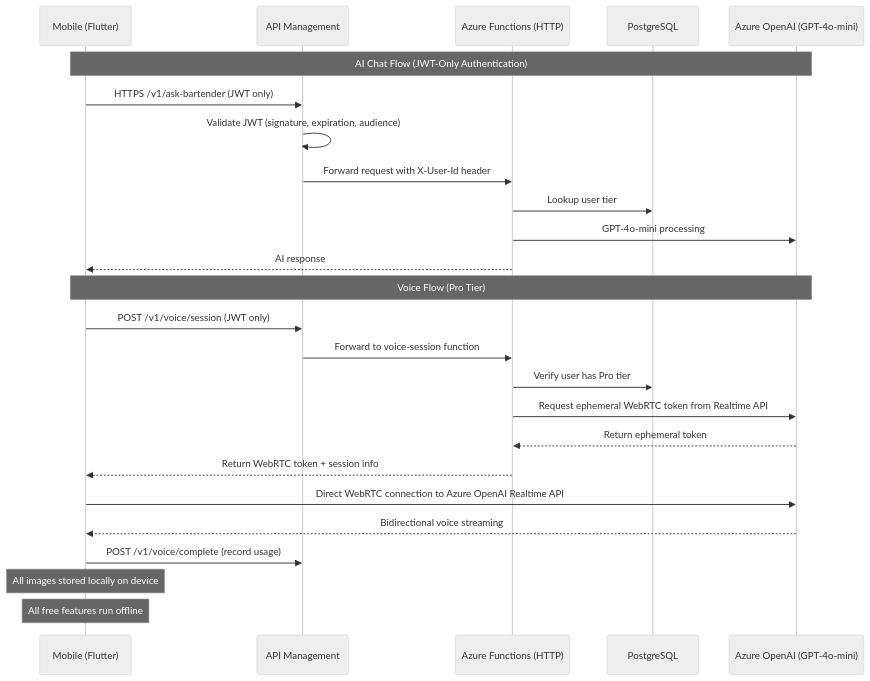
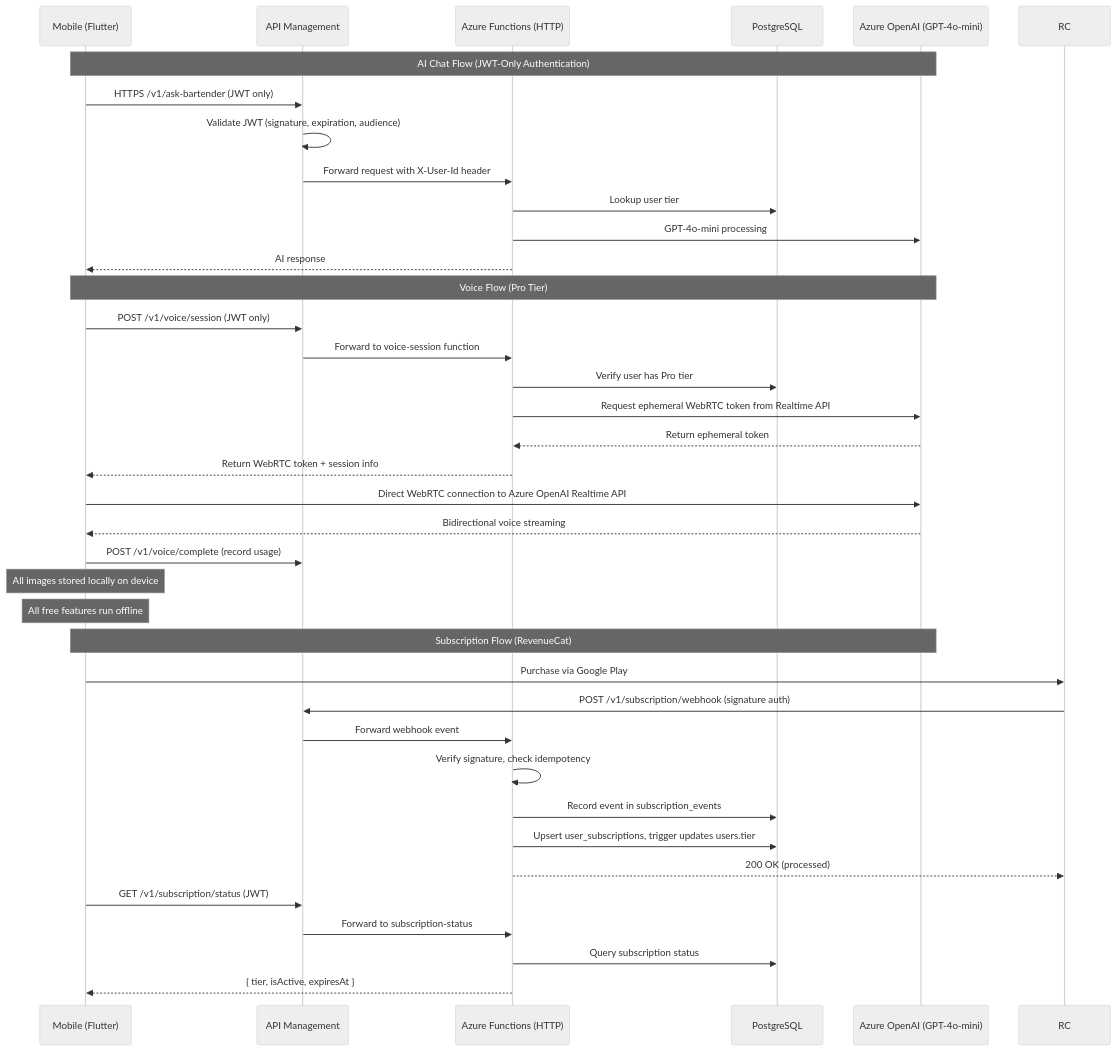
One commit to gwhitley1969/mybartenderAI-MVP changed the first of 3 diagrams in docs/ARCHITECTURE.md. Above: the diagram before and after it, drawn with Mermaid (neutral theme). The commit also changed other lines of this file and 10 other files, not shown here.

First line of the commit message:
docs: Update documentation for Voice AI, subscriptions, and architecture

````diff
--- a/docs/ARCHITECTURE.md
+++ b/docs/ARCHITECTURE.md
@@ -77,30 +87,43 @@
 ```mermaid
 sequenceDiagram
   participant M as Mobile (Flutter)
   participant APIM as API Management
   participant F as Azure Functions (HTTP)
   participant DB as PostgreSQL
   participant AI as Azure OpenAI (GPT-4o-mini)
 
   Note over M,AI: AI Chat Flow (JWT-Only Authentication)
   M->>APIM: HTTPS /v1/ask-bartender (JWT only)
   APIM->>APIM: Validate JWT (signature, expiration, audience)
   APIM->>F: Forward request with X-User-Id header
   F->>DB: Lookup user tier
   F->>AI: GPT-4o-mini processing
   F-->>M: AI response
 
   Note over M,AI: Voice Flow (Pro Tier)
   M->>APIM: POST /v1/voice/session (JWT only)
   APIM->>F: Forward to voice-session function
   F->>DB: Verify user has Pro tier
   F->>AI: Request ephemeral WebRTC token from Realtime API
   AI-->>F: Return ephemeral token
   F-->>M: Return WebRTC token + session info
   M->>AI: Direct WebRTC connection to Azure OpenAI Realtime API
   AI-->>M: Bidirectional voice streaming
   M->>APIM: POST /v1/voice/complete (record usage)
 
   Note over M: All images stored locally on device
   Note over M: All free features run offline
+
+  Note over M,AI: Subscription Flow (RevenueCat)
+  M->>RC: Purchase via Google Play
+  RC->>APIM: POST /v1/subscription/webhook (signature auth)
+  APIM->>F: Forward webhook event
+  F->>F: Verify signature, check idempotency
+  F->>DB: Record event in subscription_events
+  F->>DB: Upsert user_subscriptions, trigger updates users.tier
+  F-->>RC: 200 OK (processed)
+  M->>APIM: GET /v1/subscription/status (JWT)
+  APIM->>F: Forward to subscription-status
+  F->>DB: Query subscription status
+  F-->>M: { tier, isActive, expiresAt }
 ```
````
